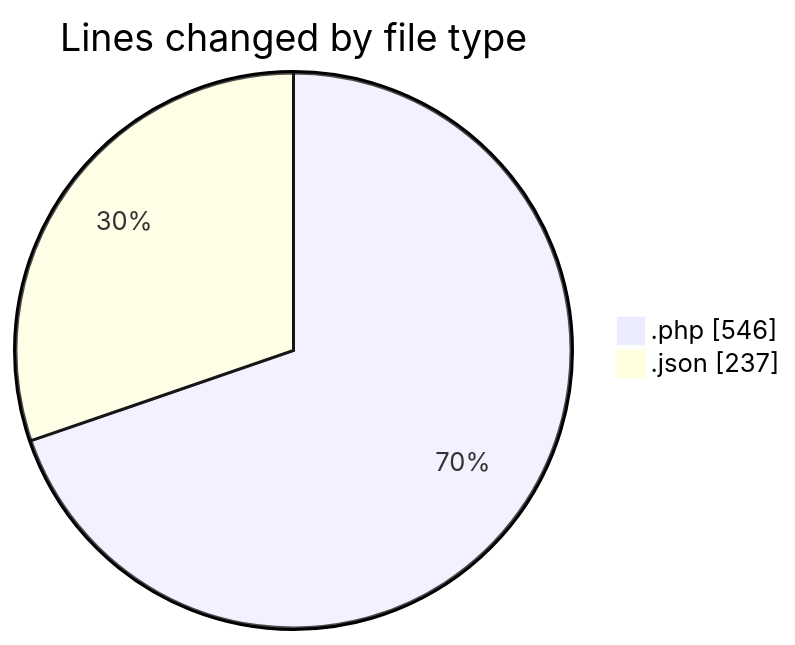
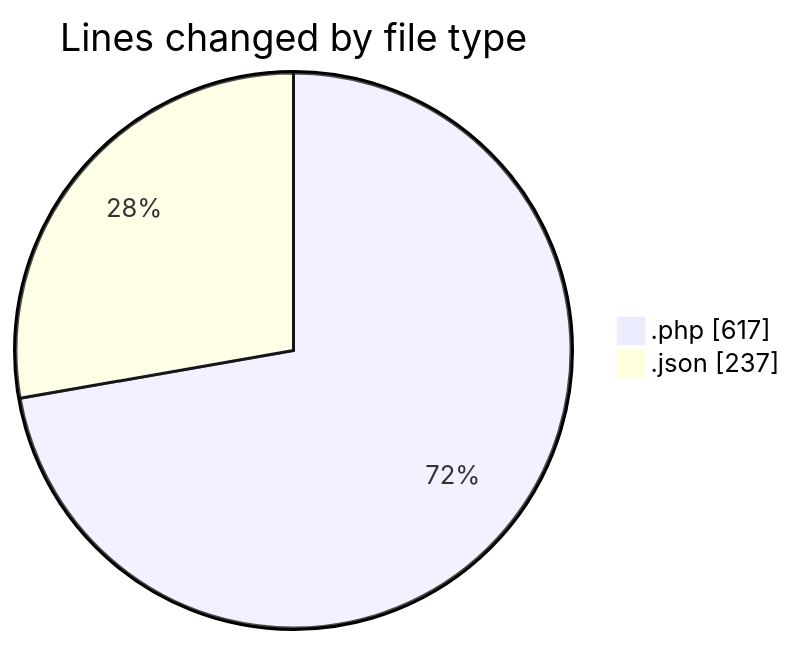
One commit to idhammustaqopulfikri/code-tracking changed the first of 2 diagrams in 2025-06-15/studio-backend/README.md. Above: the diagram before and after it, drawn with Mermaid. The commit also changed other lines of this file and 1 other file, not shown here.

````diff
--- a/2025-06-15/studio-backend/README.md
+++ b/2025-06-15/studio-backend/README.md
@@ -26,6 +28,6 @@
 ```mermaid
 pie showData
 title Lines changed by file type
-".php" : 546
+".php" : 617
 ".json" : 237
 ```
````
